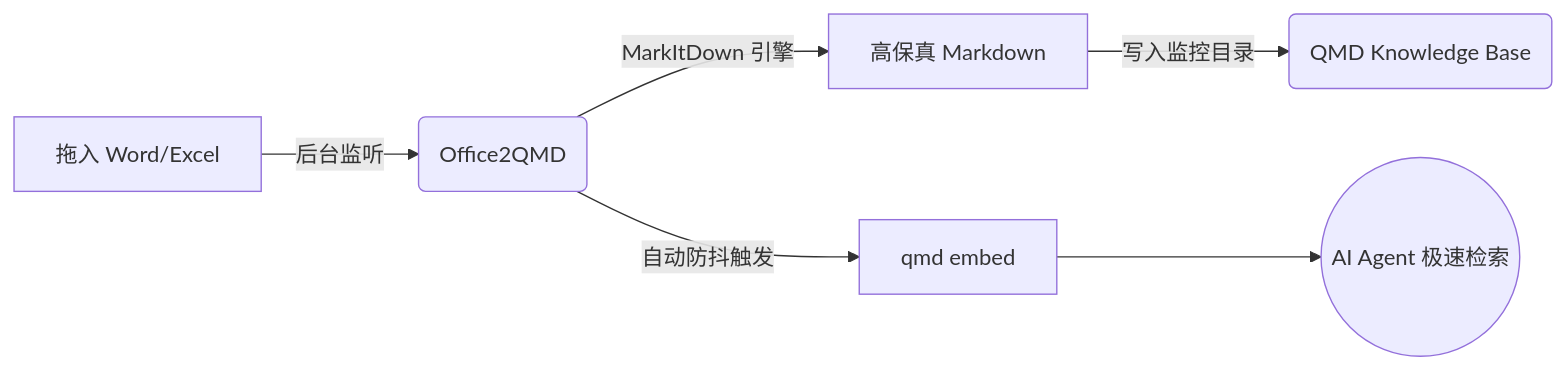
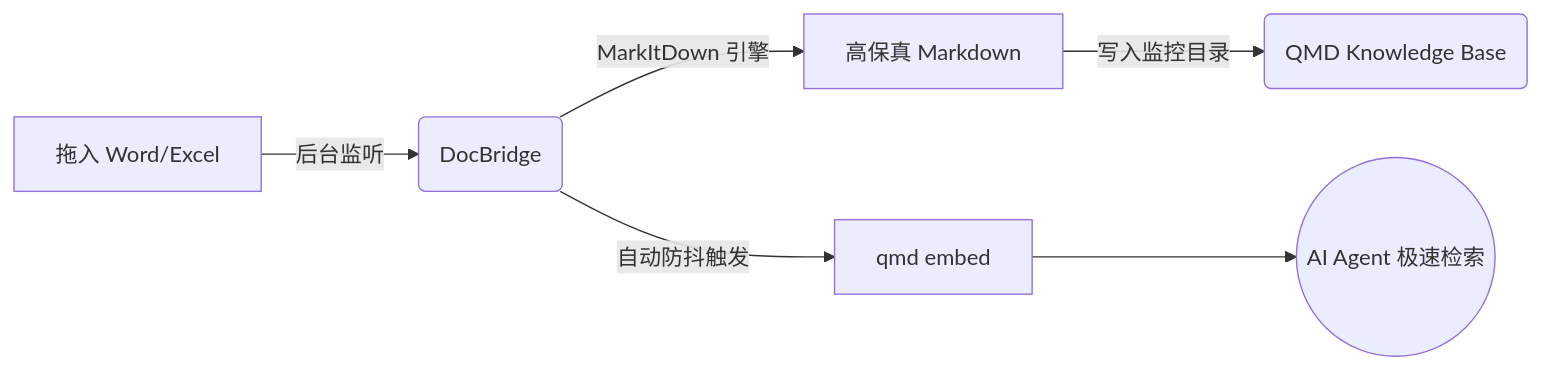
One commit to whyischen/context-bridge changed the diagram in README.md. Above: the diagram before and after it, drawn with Mermaid. The commit also changed other lines of this file, not shown here.

Commit message:
Rename Office2QMD to DocBridge in README

````diff
--- a/README.md
+++ b/README.md
@@ -32,8 +32,8 @@
 ```mermaid
 graph LR
-    A[拖入 Word/Excel] -->|后台监听| B(Office2QMD)
+    A[拖入 Word/Excel] -->|后台监听| B(DocBridge)
     B -->|MarkItDown 引擎| C[高保真 Markdown]
     C -->|写入监控目录| D(QMD Knowledge Base)
     B -->|自动防抖触发| E[qmd embed]
     E --> F((AI Agent 极速检索))
 ```
````
